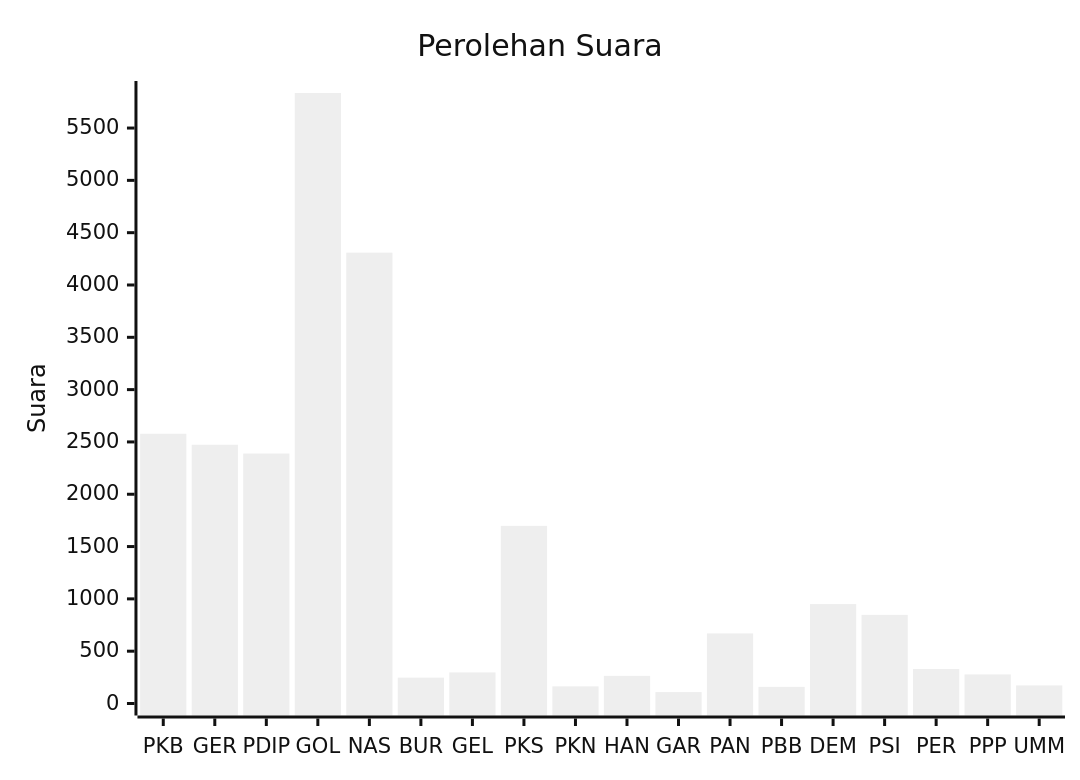
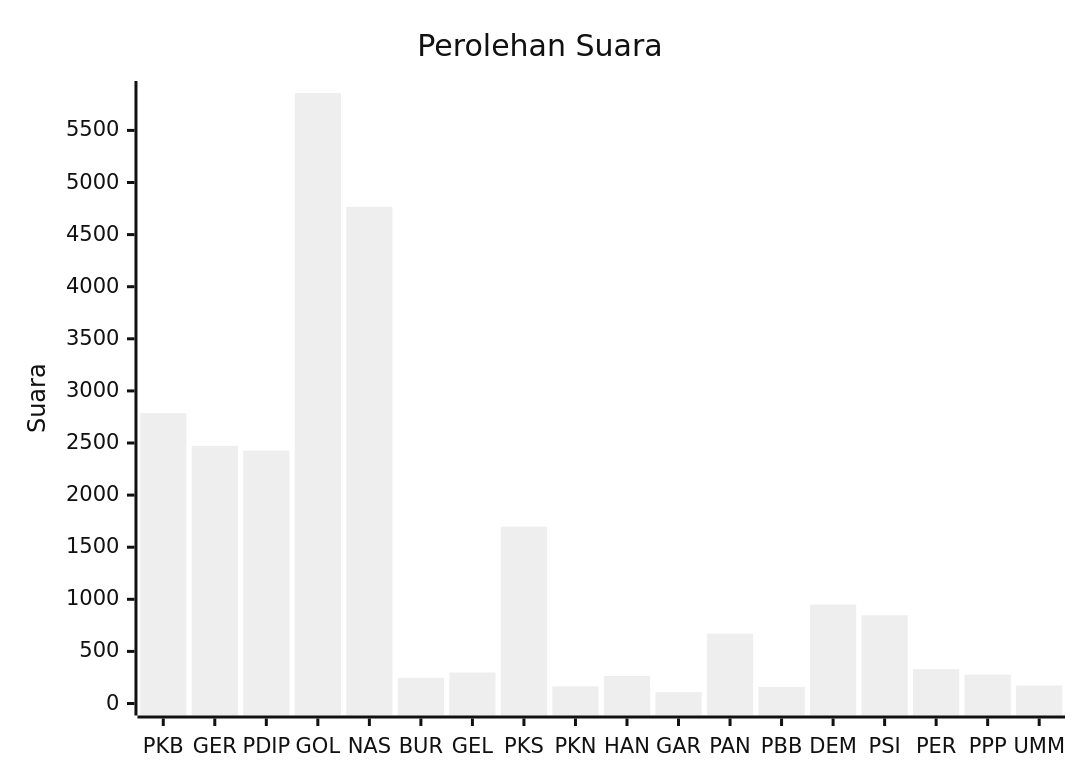
Before and after one commit to gigit-pemilu/pemilu-2024: the diagram in pileg-dpr/hitung-suara/sub/table-wilayah-92.md, drawn with Mermaid (neutral theme). The commit also changed other lines of this file and 13 other files, not shown here.

````diff
--- a/pileg-dpr/hitung-suara/sub/table-wilayah-92.md
+++ b/pileg-dpr/hitung-suara/sub/table-wilayah-92.md
@@ -7,7 +7,7 @@
 ```mermaid
 xychart-beta
     title "Perolehan Suara"
     x-axis [PKB, GER, PDIP, GOL, NAS, BUR, GEL, PKS, PKN, HAN, GAR, PAN, PBB, DEM, PSI, PER, PPP, UMM]
-    y-axis "Suara" 0 --> 5835
-    bar [2578, 2473, 2389, 5835, 4309, 247, 297, 1698, 164, 264, 109, 670, 159, 950, 847, 330, 278, 173]
+    y-axis "Suara" 0 --> 5859
+    bar [2787, 2473, 2428, 5859, 4766, 247, 297, 1698, 165, 264, 109, 670, 159, 950, 847, 330, 278, 173]
 ```
````
